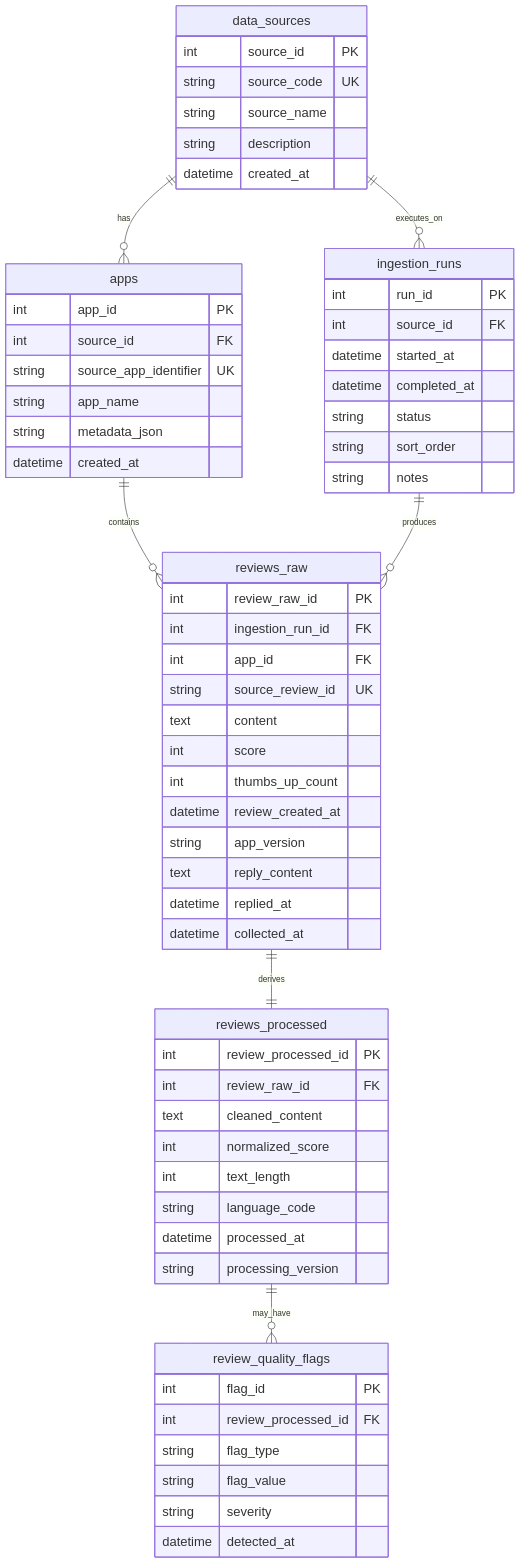
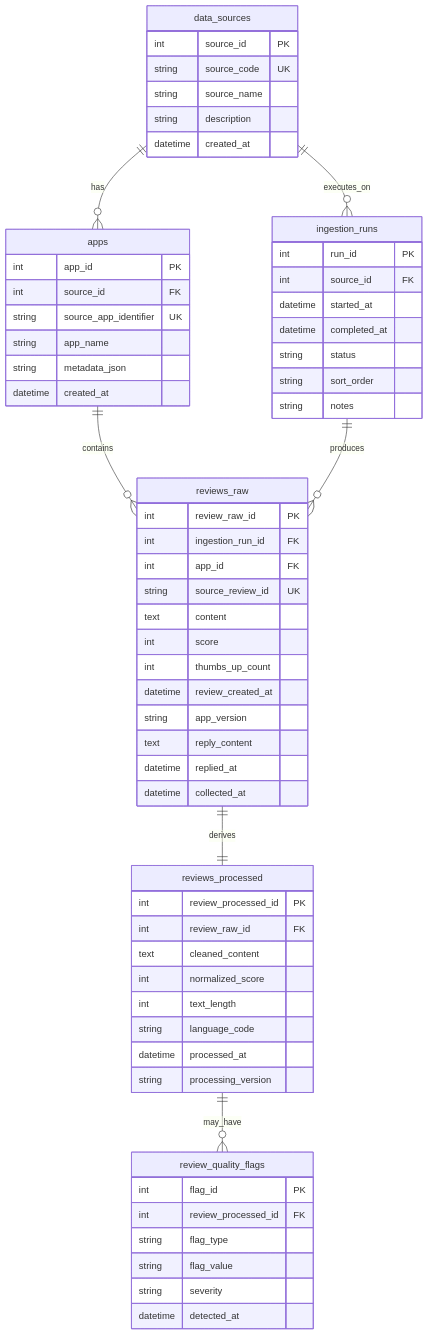
The diagram in database_erd.md (Er1c-Shi/google-play-review-prototype), drawn with Mermaid before and after one commit.

Commit message:
resize erd

````diff
--- a/database_erd.md
+++ b/database_erd.md
@@ -1,79 +1,71 @@
 ```mermaid
----
-config:
-  er:
-    useMaxWidth: false
-    layoutDirection: TB
-  themeVariables:
-    fontSize: 22px
----
 erDiagram
     data_sources ||--o{ apps : "has"
     data_sources ||--o{ ingestion_runs : "executes_on"
     apps ||--o{ reviews_raw : "contains"
     ingestion_runs ||--o{ reviews_raw : "produces"
     reviews_raw ||--|| reviews_processed : "derives"
     reviews_processed ||--o{ review_quality_flags : "may_have"
 
     data_sources {
         int source_id PK
         string source_code UK
         string source_name
         string description
         datetime created_at
     }
 
     apps {
         int app_id PK
         int source_id FK
         string source_app_identifier UK
         string app_name
         string metadata_json
         datetime created_at
     }
 
     ingestion_runs {
         int run_id PK
         int source_id FK
         datetime started_at
         datetime completed_at
         string status
         string sort_order
         string notes
     }
 
     reviews_raw {
         int review_raw_id PK
         int ingestion_run_id FK
         int app_id FK
         string source_review_id UK
         text content
         int score
         int thumbs_up_count
         datetime review_created_at
         string app_version
         text reply_content
         datetime replied_at
         datetime collected_at
     }
 
     reviews_processed {
         int review_processed_id PK
         int review_raw_id FK
         text cleaned_content
         int normalized_score
         int text_length
         string language_code
         datetime processed_at
         string processing_version
     }
 
     review_quality_flags {
         int flag_id PK
         int review_processed_id FK
         string flag_type
         string flag_value
         string severity
         datetime detected_at
     }
 ```
````
